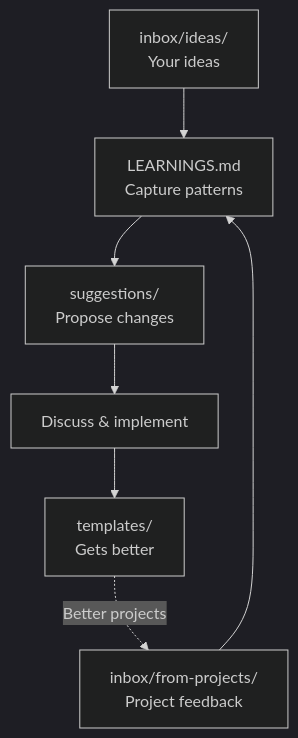
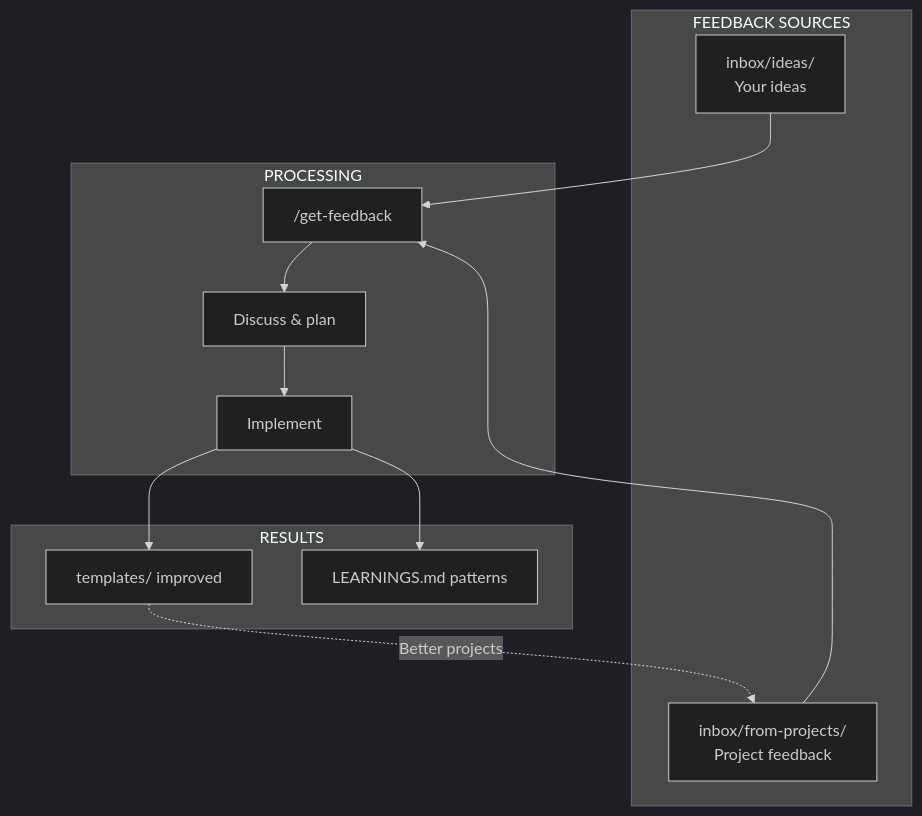
One commit to Squared-Lemons/Squared-Agent changed the seventh of 7 diagrams in README.md. Above: the diagram before and after it, drawn with Mermaid (dark theme). The commit also changed other lines of this file and 16 other files, not shown here.

````diff
--- a/README.md
+++ b/README.md
@@ -134,9 +395,26 @@
 ```mermaid
 flowchart TB
-    A["inbox/ideas/<br/>Your ideas"] --> C["LEARNINGS.md<br/>Capture patterns"]
-    B["inbox/from-projects/<br/>Project feedback"] --> C
-    C --> D["suggestions/<br/>Propose changes"]
-    D --> E["Discuss & implement"]
-    E --> F["templates/<br/>Gets better"]
+    subgraph Input["FEEDBACK SOURCES"]
+        A["inbox/ideas/<br/>Your ideas"]
+        B["inbox/from-projects/<br/>Project feedback"]
+    end
+
+    subgraph Process["PROCESSING"]
+        C["/get-feedback"]
+        D["Discuss & plan"]
+        E["Implement"]
+    end
+
+    subgraph Output["RESULTS"]
+        F["templates/ improved"]
+        G["LEARNINGS.md patterns"]
+    end
+
+    A --> C
+    B --> C
+    C --> D
+    D --> E
+    E --> F
+    E --> G
     F -.->|"Better projects"| B
 ```
````
